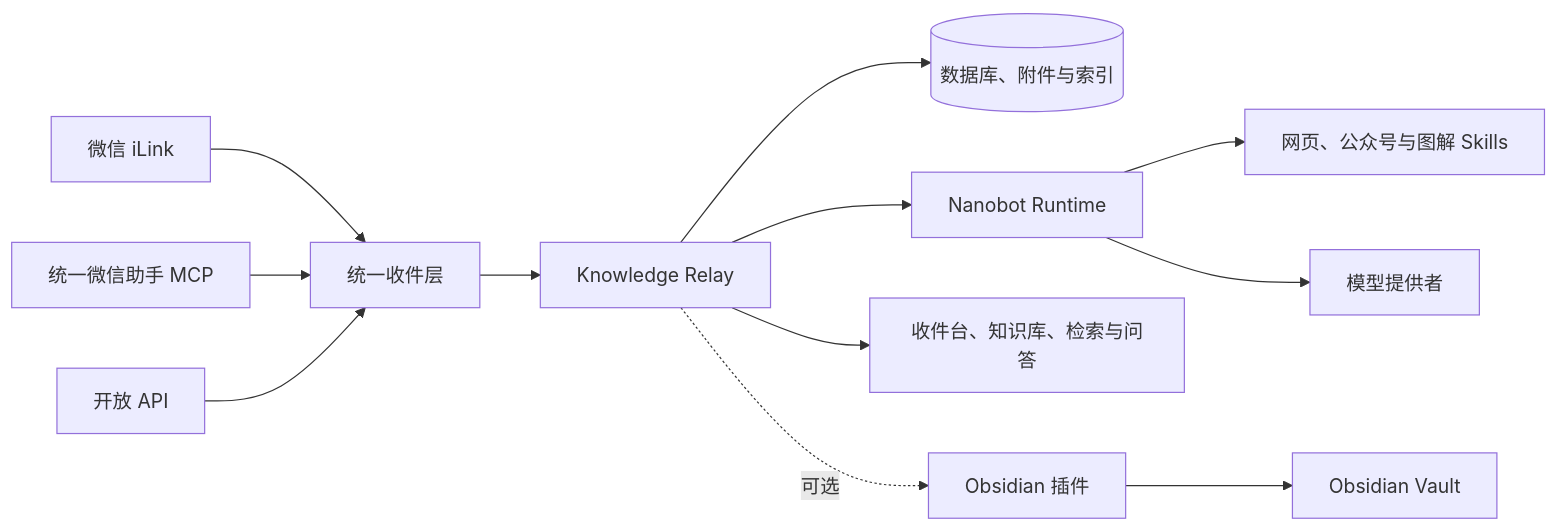
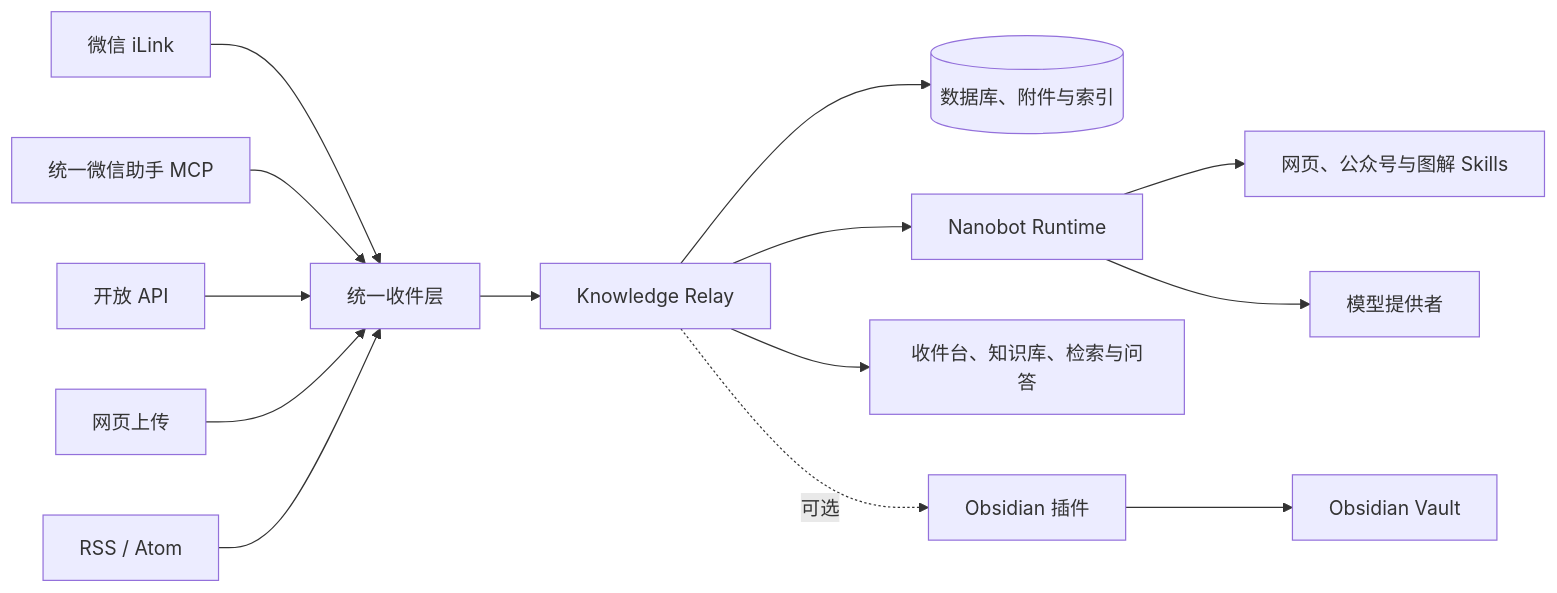
One commit to qianshulab/knowledge-relay changed the diagram in README.md. Above: the diagram before and after it, drawn with Mermaid. The commit also changed other lines of this file and 33 other files, not shown here.

````diff
--- a/README.md
+++ b/README.md
@@ -50,14 +52,16 @@
 ```mermaid
 flowchart LR
     W["微信 iLink"] --> I["统一收件层"]
     WM["统一微信助手 MCP"] --> I
     A["开放 API"] --> I
+    B["网页上传"] --> I
+    F["RSS / Atom"] --> I
     I --> K["Knowledge Relay"]
     K --> D[("数据库、附件与索引")]
     K --> N["Nanobot Runtime"]
     N --> S["网页、公众号与图解 Skills"]
     N --> M["模型提供者"]
     K --> U["收件台、知识库、检索与问答"]
     K -. 可选 .-> O["Obsidian 插件"]
     O --> V["Obsidian Vault"]
 ```
````
